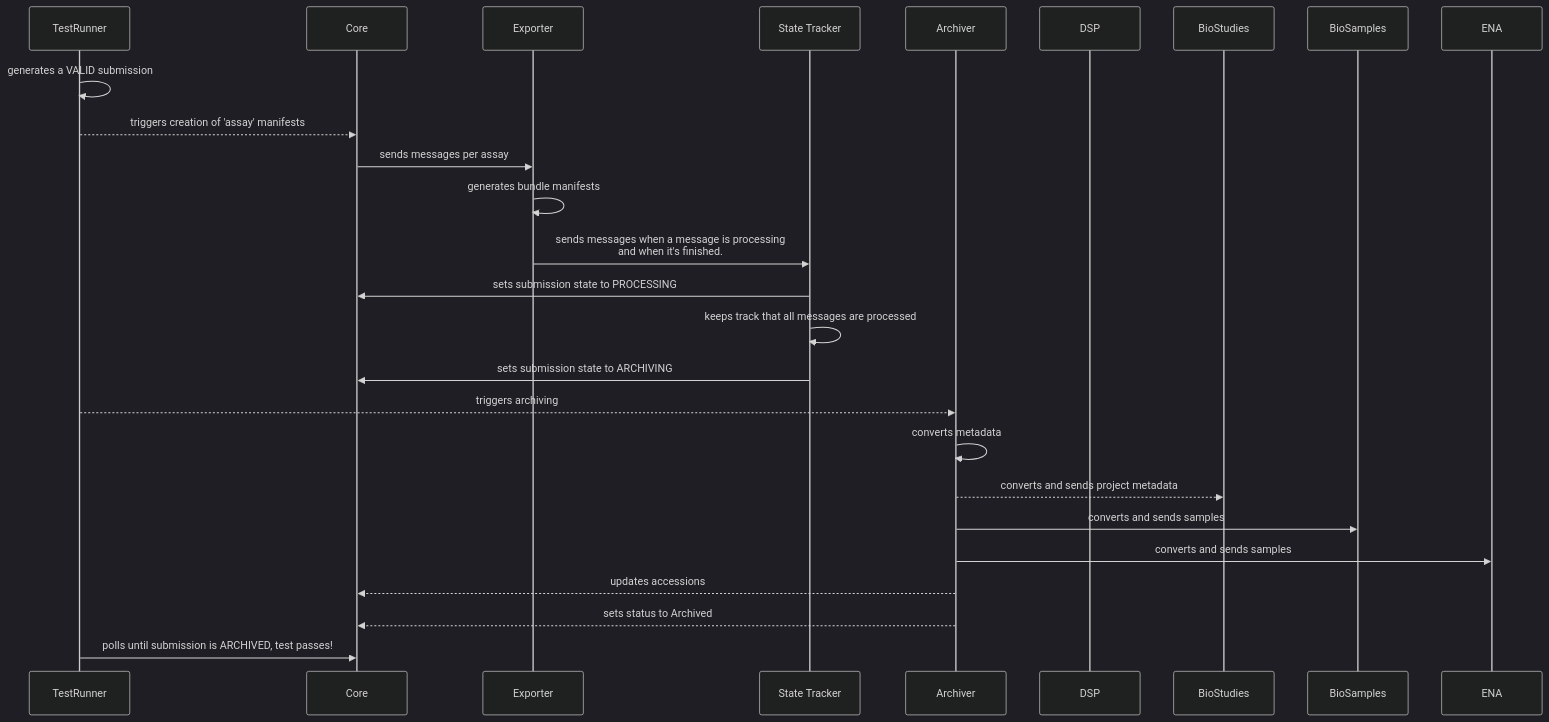
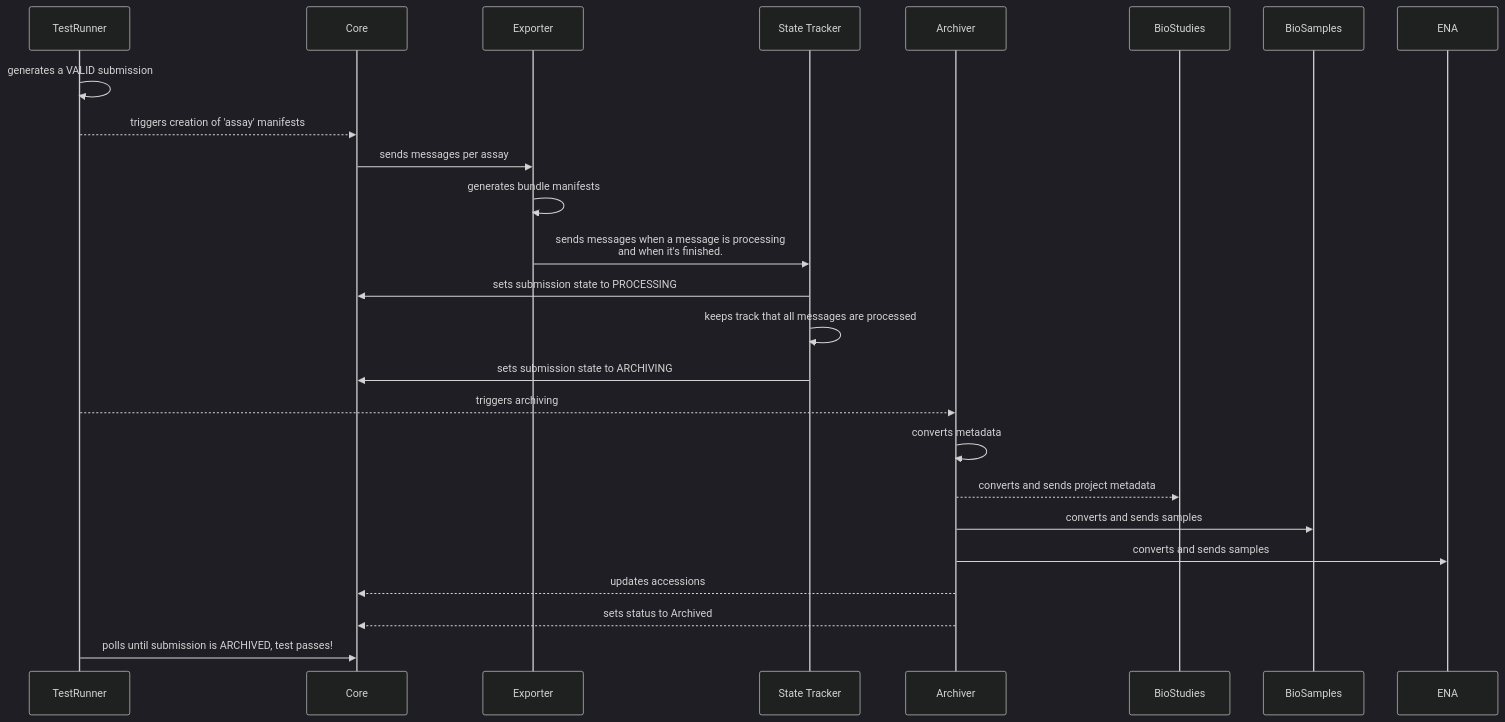
The fourth of 5 diagrams in README.md (ebi-ait/ingest-integration-tests), drawn with Mermaid (dark theme) before and after one commit.

Commit message:
dcp-692 Remove DSP participant in Direct Archive test

````diff
--- a/README.md
+++ b/README.md
@@ -89,26 +89,25 @@
 ```mermaid
 sequenceDiagram
   participant TestRunner
   participant Core
   participant Exporter
   participant State as State Tracker
   participant Archiver
-  participant DSP
 
   TestRunner->>TestRunner: generates a VALID submission
   TestRunner-->>Core: triggers creation of 'assay' manifests
   Core->>Exporter: sends messages per assay
   Exporter->>Exporter: generates bundle manifests
   Exporter->>State: sends messages when a message is processing <br/> and when it's finished.
   State ->> Core: sets submission state to PROCESSING
   State ->> State: keeps track that all messages are processed
   State ->> Core: sets submission state to ARCHIVING
   TestRunner-->>Archiver: triggers archiving
   Archiver->>Archiver: converts metadata
   Archiver-->>BioStudies: converts and sends project metadata
   Archiver->>BioSamples: converts and sends samples
   Archiver->>ENA: converts and sends samples
   Archiver-->>Core: updates accessions
   Archiver-->>Core: sets status to Archived
   TestRunner ->> Core: polls until submission is ARCHIVED, test passes!
 ```
````
